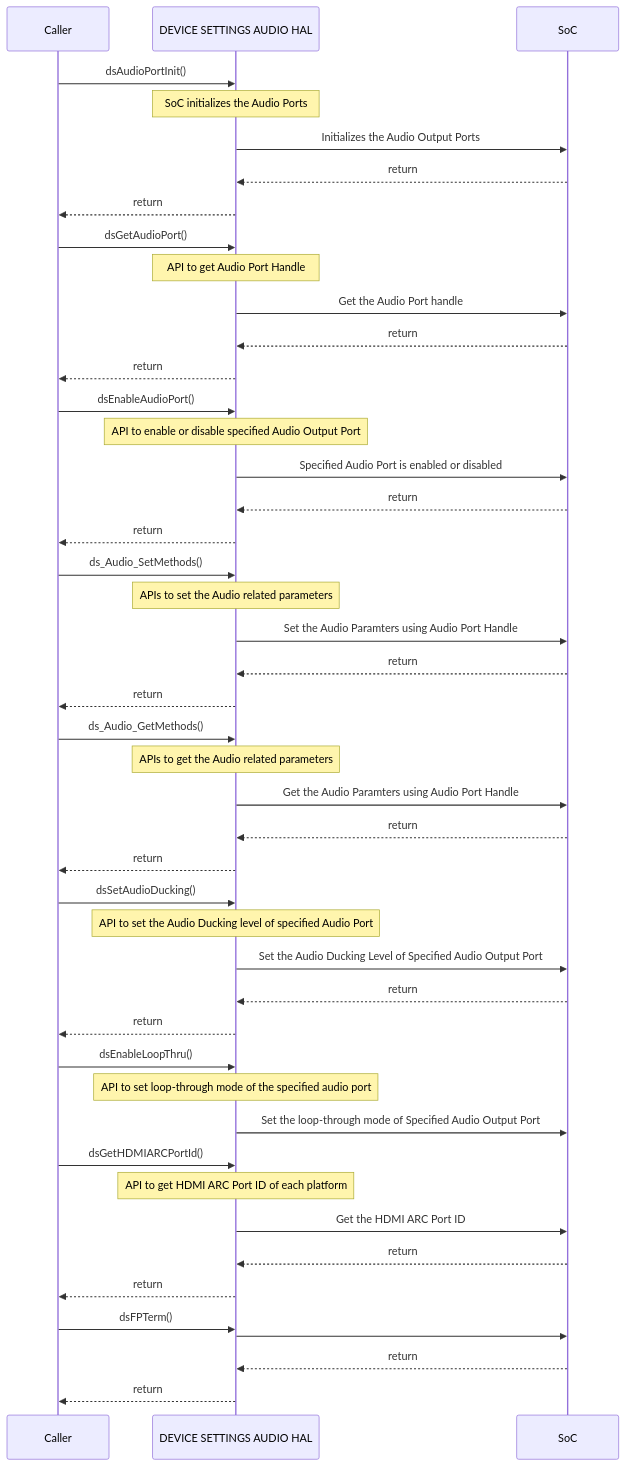
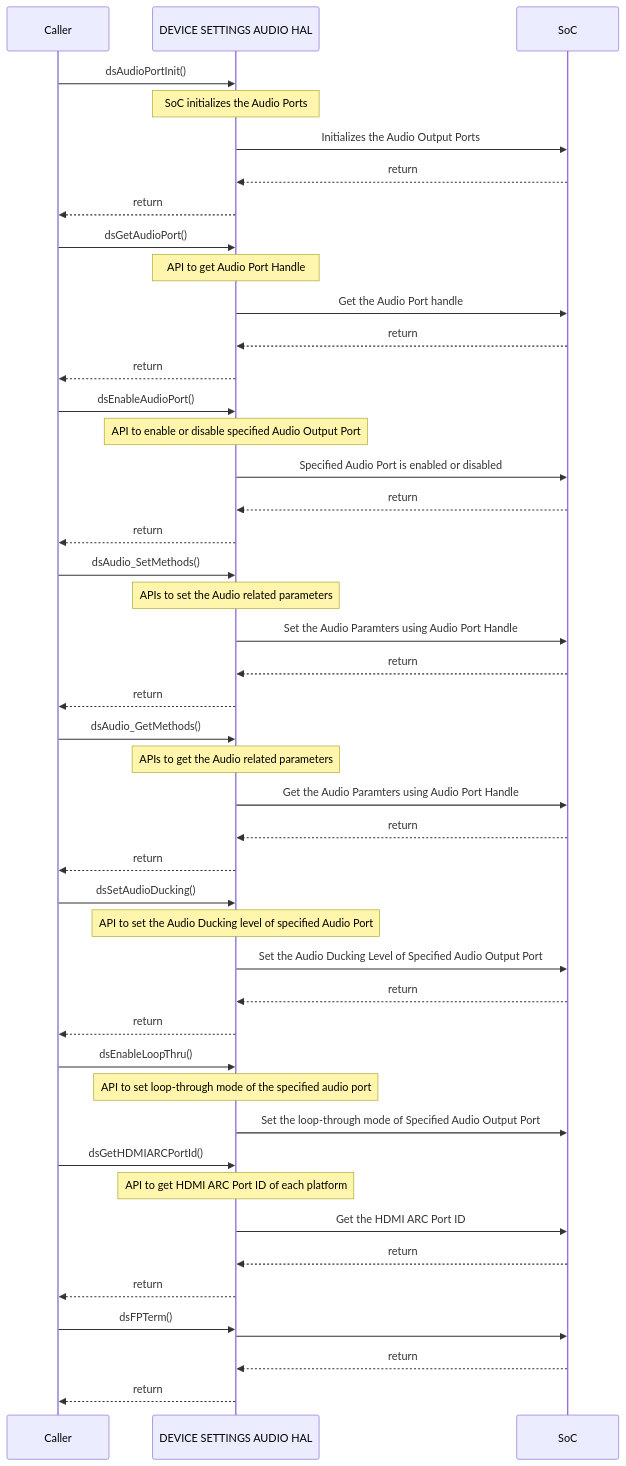
Before and after one commit to rdkcentral/rdk-halif-device_settings: the second of 2 diagrams in docs/pages/ds-audio_halSpec.md, drawn with Mermaid. The commit also changed other lines of this file, not shown here.

````diff
--- a/docs/pages/ds-audio_halSpec.md
+++ b/docs/pages/ds-audio_halSpec.md
@@ -212,49 +214,49 @@
 ```mermaid
 %%{ init : { "theme" : "default", "flowchart" : { "curve" : "stepBefore" }}}%%
    sequenceDiagram
     participant Caller as Caller
     participant HAL as DEVICE SETTINGS AUDIO HAL
     participant Driver as SoC
     Caller->>HAL:dsAudioPortInit()
     Note over HAL: SoC initializes the Audio Ports
     HAL->>Driver: Initializes the Audio Output Ports
     Driver-->>HAL:return
     HAL-->>Caller:return
     Caller->>HAL:dsGetAudioPort()
     Note over HAL: API to get Audio Port Handle
     HAL->>Driver: Get the Audio Port handle
     Driver-->>HAL:return
     HAL-->>Caller:return
     Caller->>HAL:dsEnableAudioPort()
     Note over HAL: API to enable or disable specified Audio Output Port
     HAL->>Driver:Specified Audio Port is enabled or disabled 
     Driver-->>HAL:return
     HAL-->>Caller:return
-    Caller->>HAL:ds_Audio_SetMethods()
+    Caller->>HAL:dsAudio_SetMethods()
     Note over HAL: APIs to set the Audio related parameters 
     HAL->>Driver: Set the Audio Paramters using Audio Port Handle
     Driver-->>HAL:return
     HAL-->>Caller:return
-    Caller->>HAL:ds_Audio_GetMethods()
+    Caller->>HAL:dsAudio_GetMethods()
     Note over HAL: APIs to get the Audio related parameters 
     HAL->>Driver: Get the Audio Paramters using Audio Port Handle
     Driver-->>HAL:return
     HAL-->>Caller:return
     Caller->>HAL:dsSetAudioDucking()
     Note over HAL: API to set the Audio Ducking level of specified Audio Port
     HAL->>Driver:Set the Audio Ducking Level of Specified Audio Output Port
     Driver-->>HAL:return
     HAL-->>Caller:return
     Caller->>HAL:dsEnableLoopThru()
     Note over HAL: API to set loop-through mode of the specified audio port
     HAL->>Driver:Set the loop-through mode of Specified Audio Output Port
     Caller->>HAL:dsGetHDMIARCPortId()
     Note over HAL: API to get HDMI ARC Port ID of each platform
     HAL->>Driver: Get the HDMI ARC Port ID   
     Driver-->>HAL:return
     HAL-->>Caller:return
     Caller ->>HAL:dsFPTerm()
     HAL ->> Driver: 
     Driver-->>HAL:return
     HAL-->>Caller:return
  ```
````
